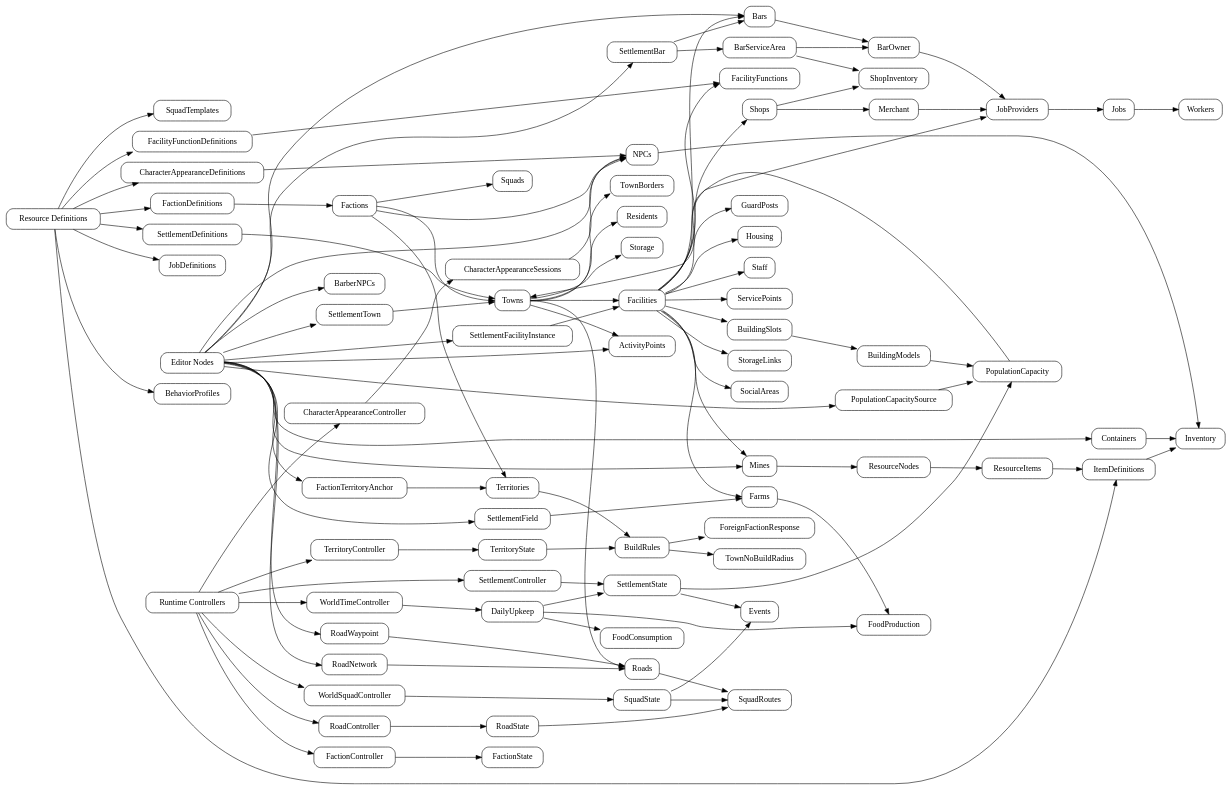
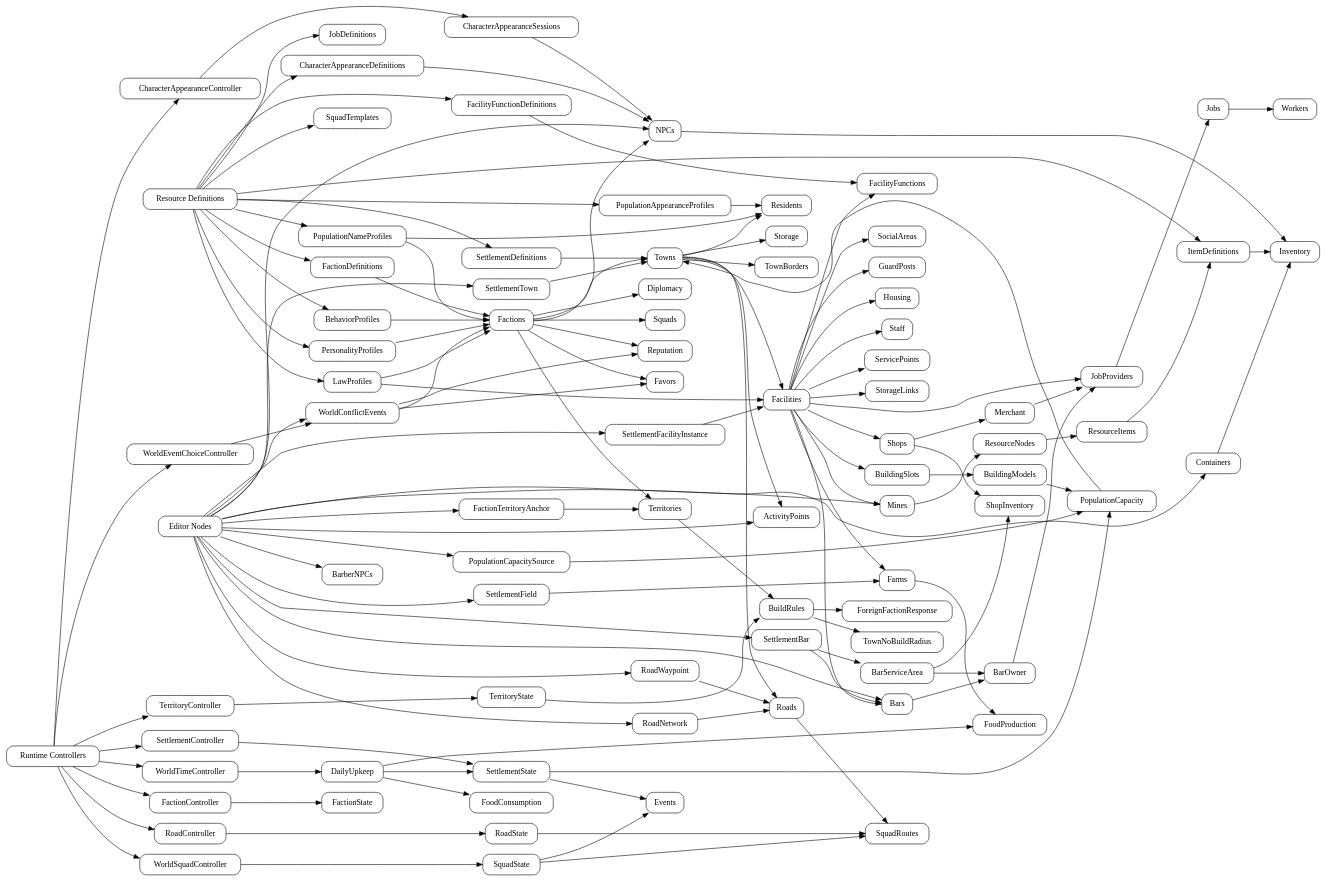
The diagram in architecture/game-data.md (dustinc555/mygame), drawn with Graphviz before and after one commit. The commit also changed other lines of this file and 55 other files, not shown here.

```diff
--- a/architecture/game-data.md
+++ b/architecture/game-data.md
@@ -25,8 +25,12 @@
   Resources -> JobDefinitions;
   Resources -> FacilityFunctionDefinitions;
   Resources -> BehaviorProfiles;
+  Resources -> PersonalityProfiles;
+  Resources -> LawProfiles;
   Resources -> SquadTemplates;
   Resources -> CharacterAppearanceDefinitions;
+  Resources -> PopulationAppearanceProfiles;
+  Resources -> PopulationNameProfiles;
 
   Nodes -> SettlementTown;
   Nodes -> FactionTerritoryAnchor;
@@ -42,12 +46,20 @@
   Nodes -> SettlementFacilityInstance;
   Nodes -> SettlementBar;
   Nodes -> SettlementField;
+  Nodes -> WorldConflictEvents;
 
   FactionDefinitions -> Factions;
+  BehaviorProfiles -> Factions;
+  PersonalityProfiles -> Factions;
+  LawProfiles -> Factions;
+  PopulationNameProfiles -> Factions;
   Factions -> Territories;
   Factions -> Towns;
   Factions -> Squads;
   Factions -> NPCs;
+  Factions -> Diplomacy;
+  Factions -> Reputation;
+  Factions -> Favors;
 
   FactionTerritoryAnchor -> Territories;
   Territories -> BuildRules;
@@ -62,10 +74,16 @@
   SettlementTown -> Towns;
   Towns -> Facilities;
   Towns -> Residents;
+  PopulationAppearanceProfiles -> Residents;
+  PopulationNameProfiles -> Residents;
+  LawProfiles -> Facilities;
   Towns -> Storage;
   Towns -> TownBorders;
   Towns -> ActivityPoints;
   Towns -> Roads;
+  WorldConflictEvents -> Factions;
+  WorldConflictEvents -> Reputation;
+  WorldConflictEvents -> Favors;
 
   SettlementFacilityInstance -> Facilities;
   FacilityFunctionDefinitions -> FacilityFunctions;
@@ -116,6 +134,7 @@
   Controllers -> WorldSquadController;
   Controllers -> WorldTimeController;
   Controllers -> CharacterAppearanceController;
+  Controllers -> WorldEventChoiceController;
 
   FactionController -> FactionState;
   SettlementController -> SettlementState;
@@ -124,6 +143,7 @@
   WorldSquadController -> SquadState;
   WorldTimeController -> DailyUpkeep;
   CharacterAppearanceController -> CharacterAppearanceSessions;
+  WorldEventChoiceController -> WorldConflictEvents;
 
   DailyUpkeep -> FoodProduction;
   DailyUpkeep -> FoodConsumption;
```
